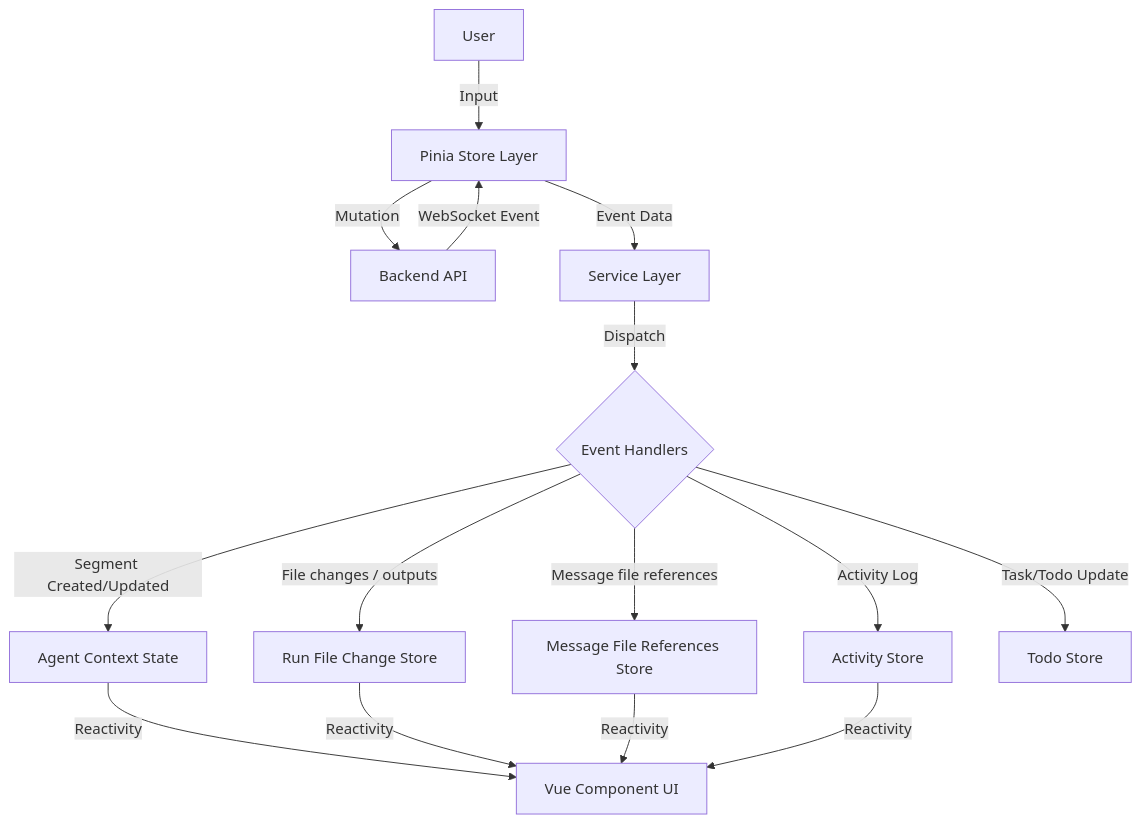
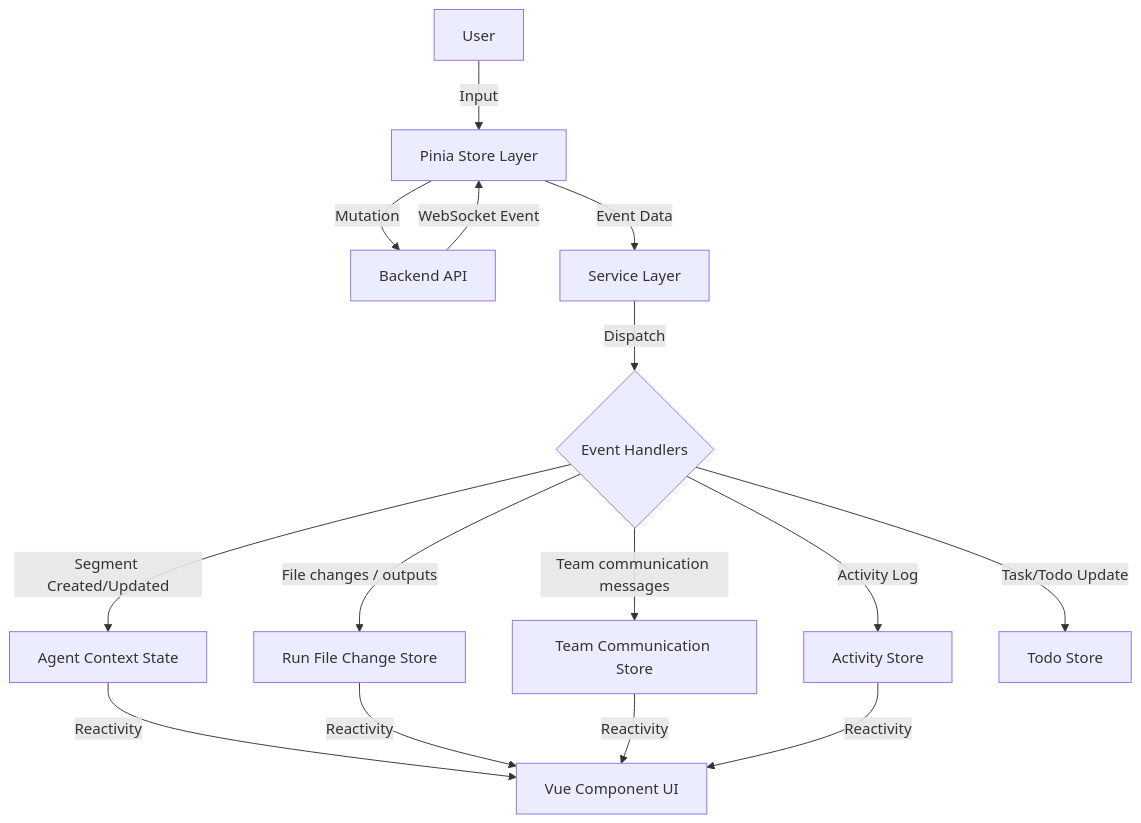
One commit to AutoByteus/autobyteus-workspace changed the diagram in autobyteus-web/docs/agent_execution_architecture.md. Above: the diagram before and after it, drawn with Mermaid. The commit also changed 12 other files, not shown here.

Commit message:
docs(ticket): finalize team communication messages ui

````diff
--- a/autobyteus-web/docs/agent_execution_architecture.md
+++ b/autobyteus-web/docs/agent_execution_architecture.md
@@ -13,20 +13,20 @@
 ```mermaid
 graph TD
     User-->|Input| Store[Pinia Store Layer]
     Store-->|Mutation| Backend[Backend API]
     Backend-->|WebSocket Event| Store
     Store-->|Event Data| Service[Service Layer]
 
     Service-->|Dispatch| Handler{Event Handlers}
 
     Handler-->|Segment Created/Updated| Context[Agent Context State]
     Handler-->|File changes / outputs| RunFileChangeStore[Run File Change Store]
-    Handler-->|Message file references| MessageReferenceStore[Message File References Store]
+    Handler-->|Team communication messages| TeamCommunicationStore[Team Communication Store]
     Handler-->|Activity Log| ActivityStore[Activity Store]
     Handler-->|Task/Todo Update| TodoStore[Todo Store]
 
     Context-->|Reactivity| UI[Vue Component UI]
     RunFileChangeStore-->|Reactivity| UI
-    MessageReferenceStore-->|Reactivity| UI
+    TeamCommunicationStore-->|Reactivity| UI
     ActivityStore-->|Reactivity| UI
 ```
````
